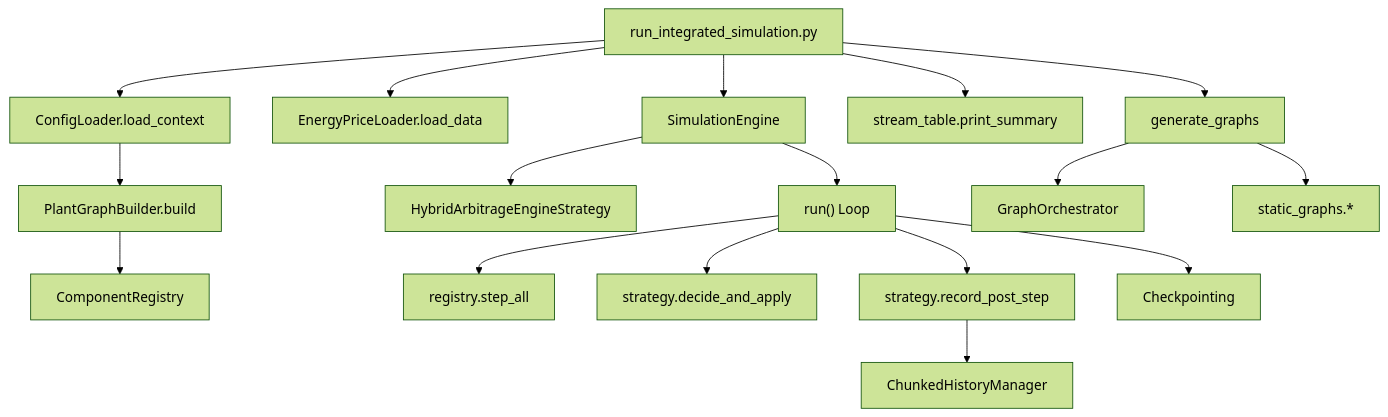
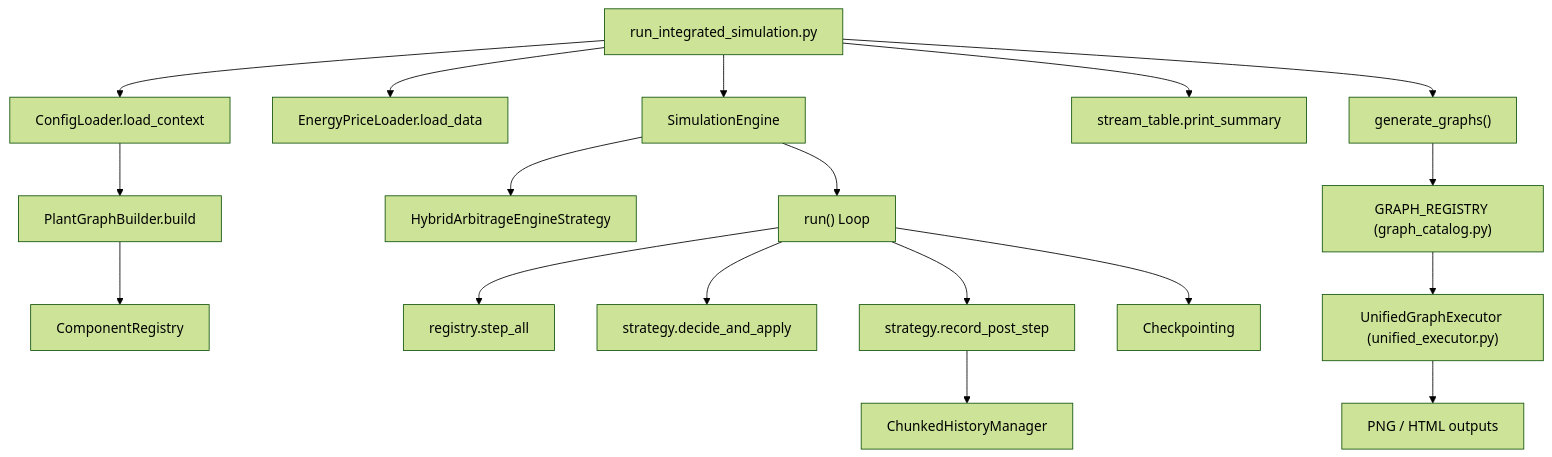
The diagram in docs/software_architecture_file_reference.md (utczbr/h2_plant), drawn with Mermaid (forest theme) before and after one commit. The commit also changed other lines of this file, not shown here.

Commit message:
docs: update software_architecture_file_reference.md - fix viz pipeline, component paths, namespace table, execution diagram

````diff
--- a/docs/software_architecture_file_reference.md
+++ b/docs/software_architecture_file_reference.md
@@ -123,19 +152,20 @@
 ```mermaid
 graph TD
-    A[run_integrated_simulation.py] --> B[ConfigLoader.load_context]
-    B --> C[PlantGraphBuilder.build]
-    C --> D[ComponentRegistry]
-    A --> E[EnergyPriceLoader.load_data]
-    A --> F[SimulationEngine]
-    F --> G[HybridArbitrageEngineStrategy]
+    A["run_integrated_simulation.py"] --> B["ConfigLoader.load_context"]
+    B --> C["PlantGraphBuilder.build"]
+    C --> D["ComponentRegistry"]
+    A --> E["EnergyPriceLoader.load_data"]
+    A --> F["SimulationEngine"]
+    F --> G["HybridArbitrageEngineStrategy"]
     F --> H["run() Loop"]
-    H --> I[registry.step_all]
-    H --> J[strategy.decide_and_apply]
-    H --> K[strategy.record_post_step]
-    K --> L[ChunkedHistoryManager]
-    H --> M[Checkpointing]
-    A --> N[stream_table.print_summary]
-    A --> O[generate_graphs]
-    O --> P[GraphOrchestrator]
-    O --> Q[static_graphs.*]
+    H --> I["registry.step_all"]
+    H --> J["strategy.decide_and_apply"]
+    H --> K["strategy.record_post_step"]
+    K --> L["ChunkedHistoryManager"]
+    H --> M["Checkpointing"]
+    A --> N["stream_table.print_summary"]
+    A --> O["generate_graphs()"]
+    O --> P["GRAPH_REGISTRY (graph_catalog.py)"]
+    P --> Q["UnifiedGraphExecutor (unified_executor.py)"]
+    Q --> R["PNG / HTML outputs"]
 ```
````
